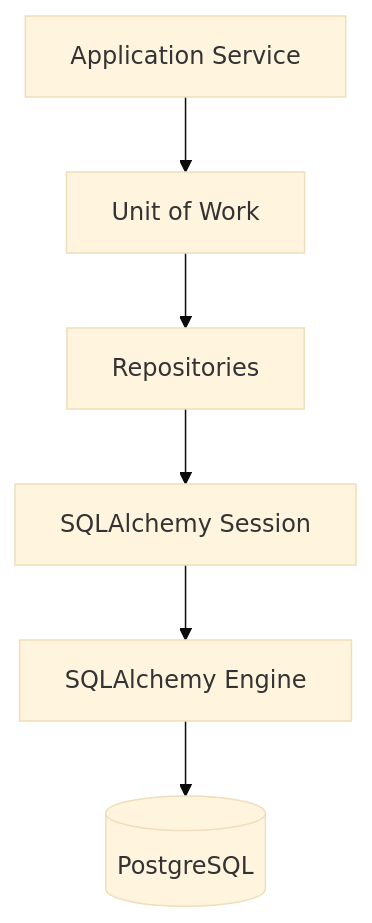
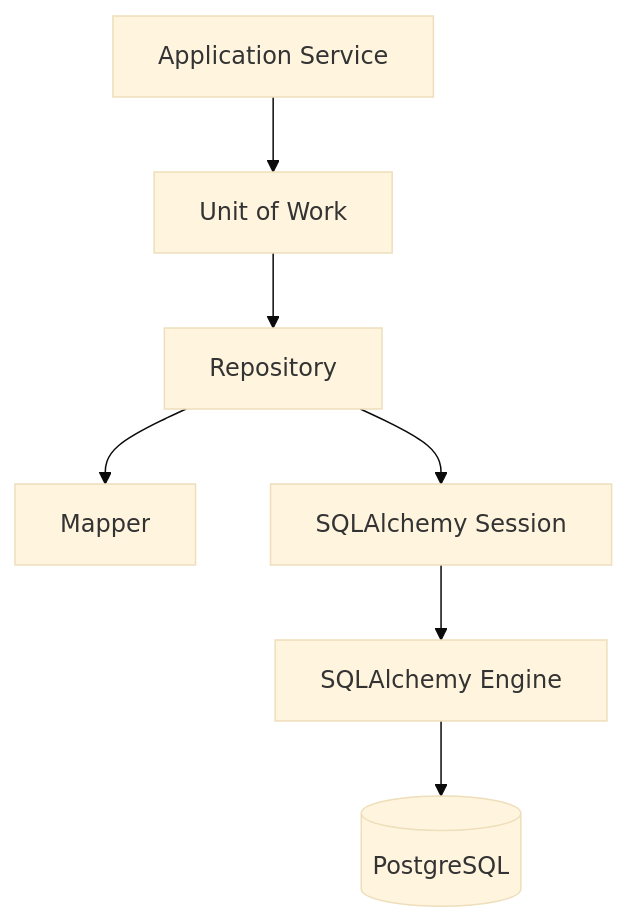
Before and after one commit to Devin8407/Automation-Platform: the diagram in docs/architecture/persistence.md, drawn with Mermaid (base theme). The commit also changed other lines of this file and 4 other files, not shown here.

````diff
--- a/docs/architecture/persistence.md
+++ b/docs/architecture/persistence.md
@@ -50,21 +50,24 @@
 ```mermaid
 flowchart TD
 
 Application["Application Service"]
 
 UOW["Unit of Work"]
 
-Repo["Repositories"]
+Repository["Repository"]
+
+Mapper["Mapper"]
 
 Session["SQLAlchemy Session"]
 
 Engine["SQLAlchemy Engine"]
 
 DB[(PostgreSQL)]
 
 Application --> UOW
-UOW --> Repo
-Repo --> Session
+UOW --> Repository
+Repository --> Mapper
+Repository --> Session
 Session --> Engine
 Engine --> DB
 ```
````
